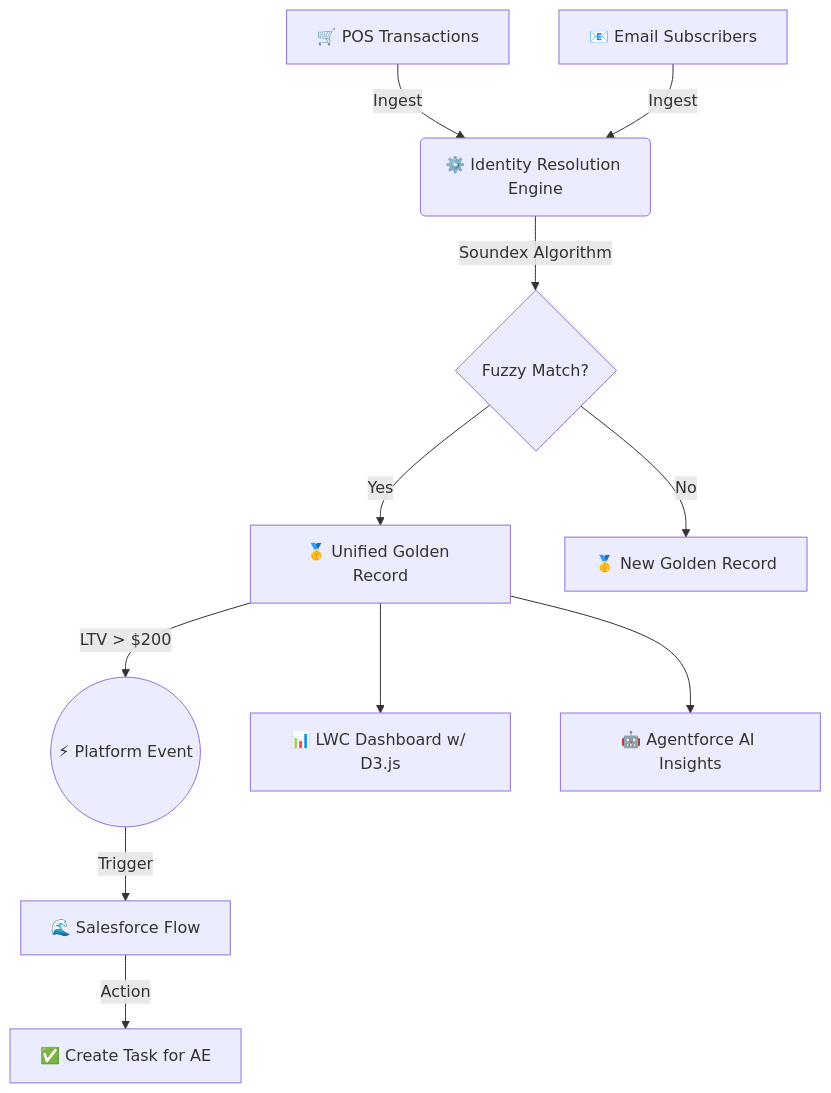
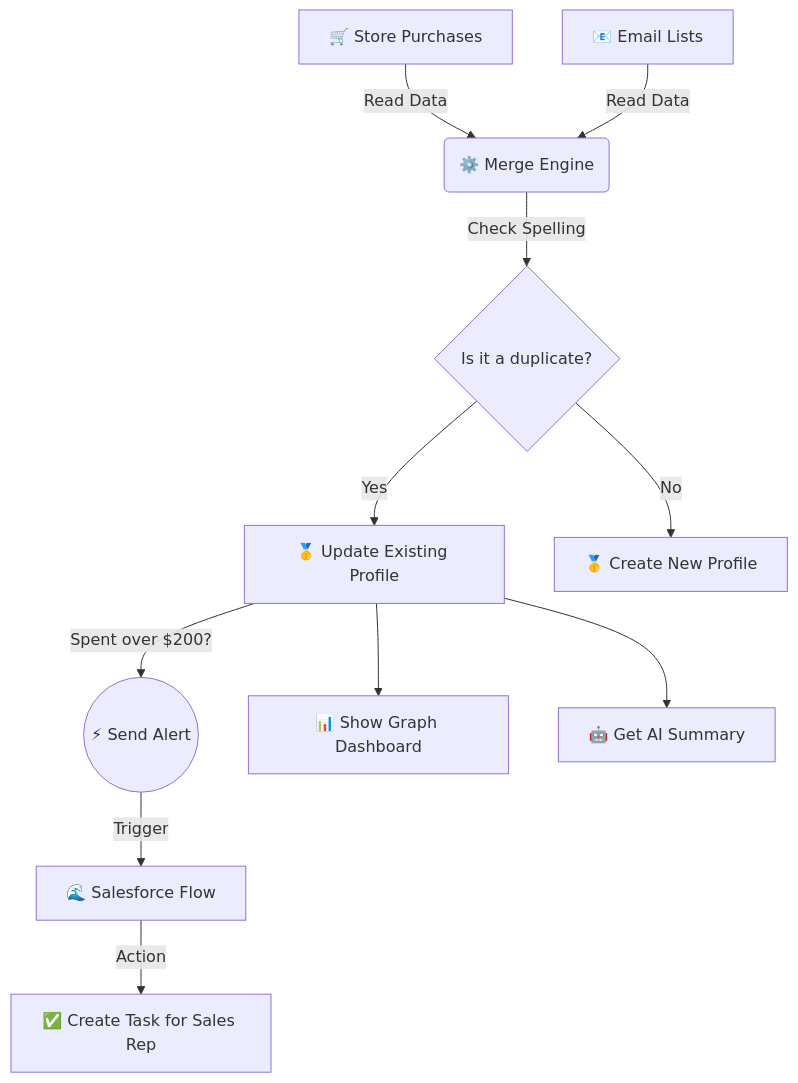
One commit to vishwajittidke/data-cloud-harmonizer changed the diagram in README.md. Above: the diagram before and after it, drawn with Mermaid. The commit also changed other lines of this file, not shown here.

````diff
--- a/README.md
+++ b/README.md
@@ -15,13 +15,13 @@
 ```mermaid
 graph TD
-    A[🛒 POS Transactions] -->|Ingest| C(⚙️ Identity Resolution Engine)
-    B[📧 Email Subscribers] -->|Ingest| C
-    C -->|Soundex Algorithm| D{Fuzzy Match?}
-    D -->|Yes| E[🥇 Unified Golden Record]
-    D -->|No| F[🥇 New Golden Record]
-    E -->|LTV > $200| G((⚡ Platform Event))
+    A[🛒 Store Purchases] -->|Read Data| C(⚙️ Merge Engine)
+    B[📧 Email Lists] -->|Read Data| C
+    C -->|Check Spelling| D{Is it a duplicate?}
+    D -->|Yes| E[🥇 Update Existing Profile]
+    D -->|No| F[🥇 Create New Profile]
+    E -->|Spent over $200?| G((⚡ Send Alert))
     G -->|Trigger| H[🌊 Salesforce Flow]
-    H -->|Action| I[✅ Create Task for AE]
-    E --> J[📊 LWC Dashboard w/ D3.js]
-    E --> K[🤖 Agentforce AI Insights]
+    H -->|Action| I[✅ Create Task for Sales Rep]
+    E --> J[📊 Show Graph Dashboard]
+    E --> K[🤖 Get AI Summary]
 ```
````
